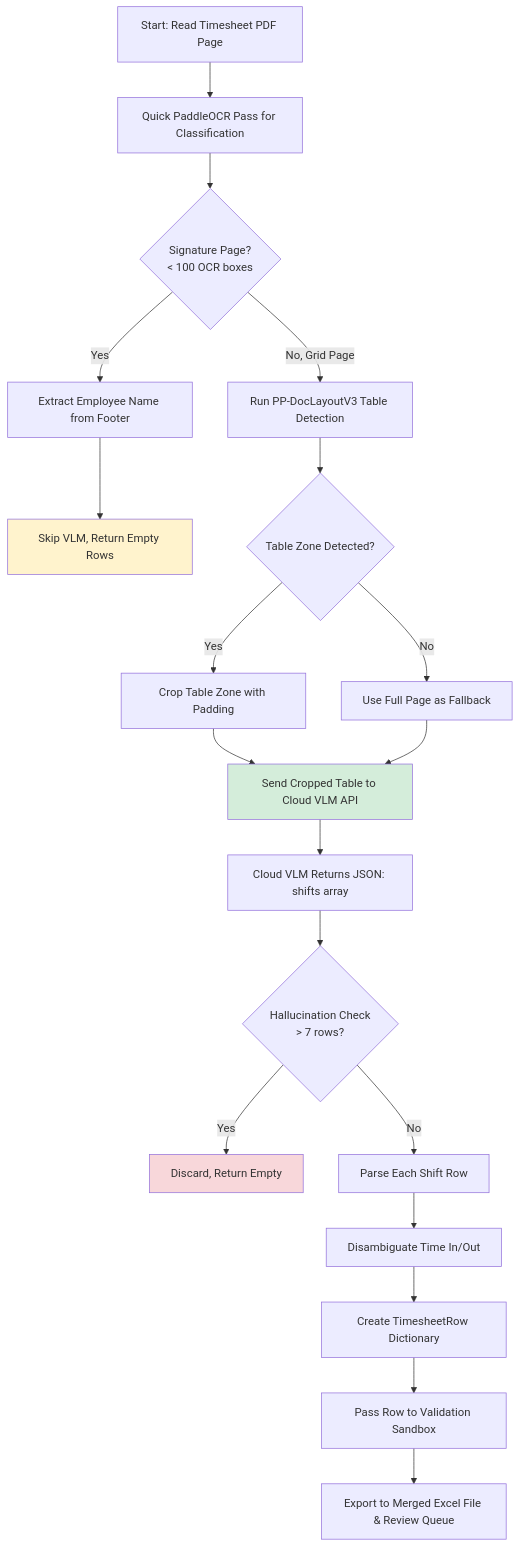
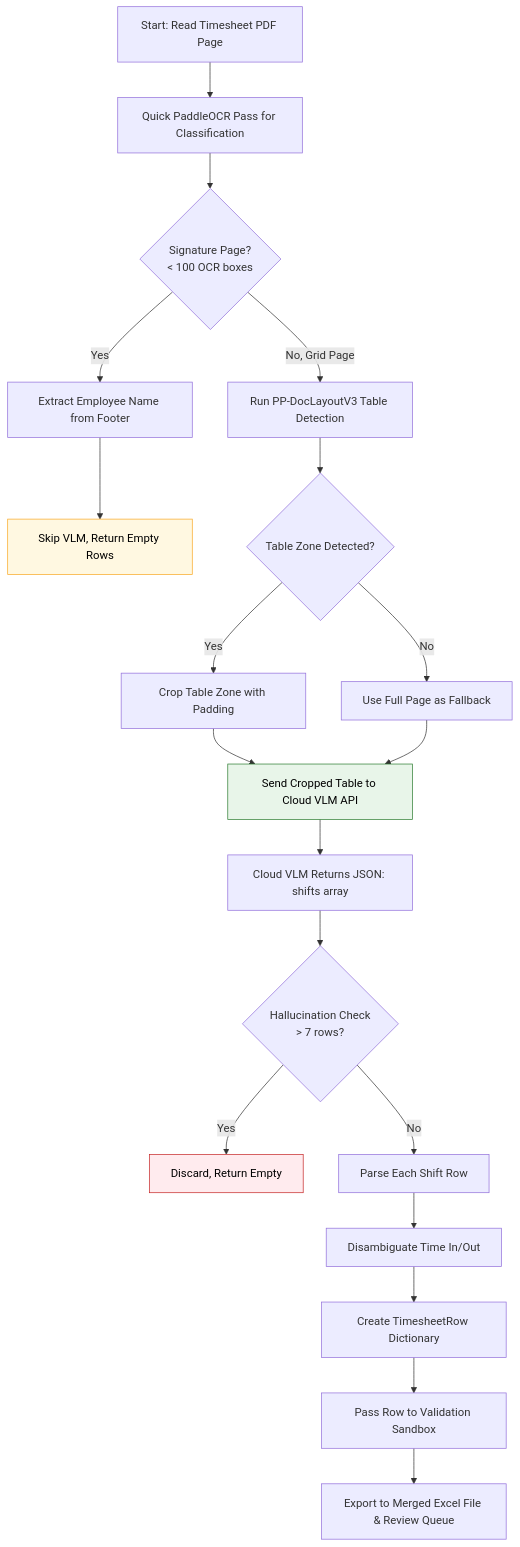
One commit to mohitagr18/timesheet-ocr changed the diagram in workflows/layout_guided_vlm_cloud_flow.md. Above: the diagram before and after it, drawn with Mermaid. The commit also changed 3 other files, not shown here.

````diff
--- a/workflows/layout_guided_vlm_cloud_flow.md
+++ b/workflows/layout_guided_vlm_cloud_flow.md
@@ -13,33 +13,33 @@
 ```mermaid
 graph TD
     A[Start: Read Timesheet PDF Page] --> B[Quick PaddleOCR Pass for Classification]
     B --> C{Signature Page?\n< 100 OCR boxes}
     
     C -->|Yes| D[Extract Employee Name from Footer]
     D --> E[Skip VLM, Return Empty Rows]
     
     C -->|No, Grid Page| F[Run PP-DocLayoutV3 Table Detection]
     F --> G{Table Zone Detected?}
     
     G -->|Yes| H[Crop Table Zone with Padding]
     G -->|No| I[Use Full Page as Fallback]
     
     H --> J[Send Cropped Table to Cloud VLM API]
     I --> J
     
     J --> K[Cloud VLM Returns JSON: shifts array]
     K --> L{Hallucination Check\n> 7 rows?}
     
     L -->|Yes| M[Discard, Return Empty]
     L -->|No| N[Parse Each Shift Row]
     
     N --> O[Disambiguate Time In/Out]
     O --> P[Create TimesheetRow Dictionary]
     
     P --> Q[Pass Row to Validation Sandbox]
     Q --> R[Export to Merged Excel File & Review Queue]
     
-    style E fill:#fff3cd
-    style M fill:#f8d7da
-    style J fill:#d4edda
+    style E fill:#fff8e1,stroke:#f9a825,color:#000
+    style M fill:#ffebee,stroke:#c62828,color:#000
+    style J fill:#e8f5e9,stroke:#2e7d32,color:#000
 ```
````
